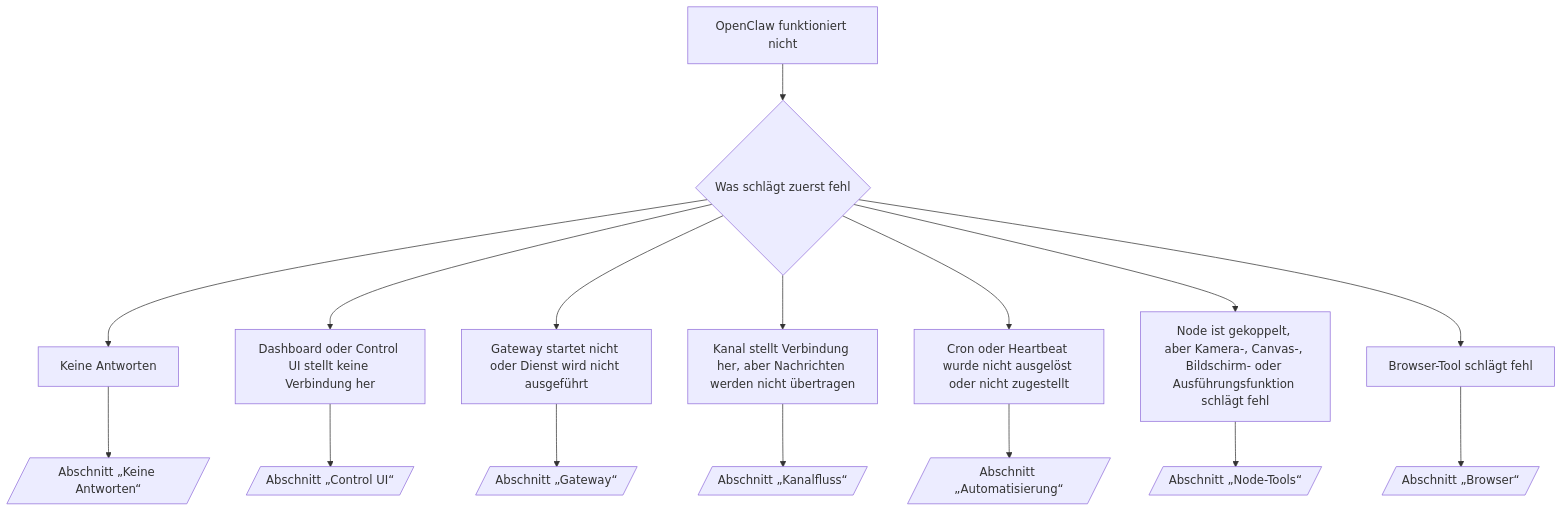
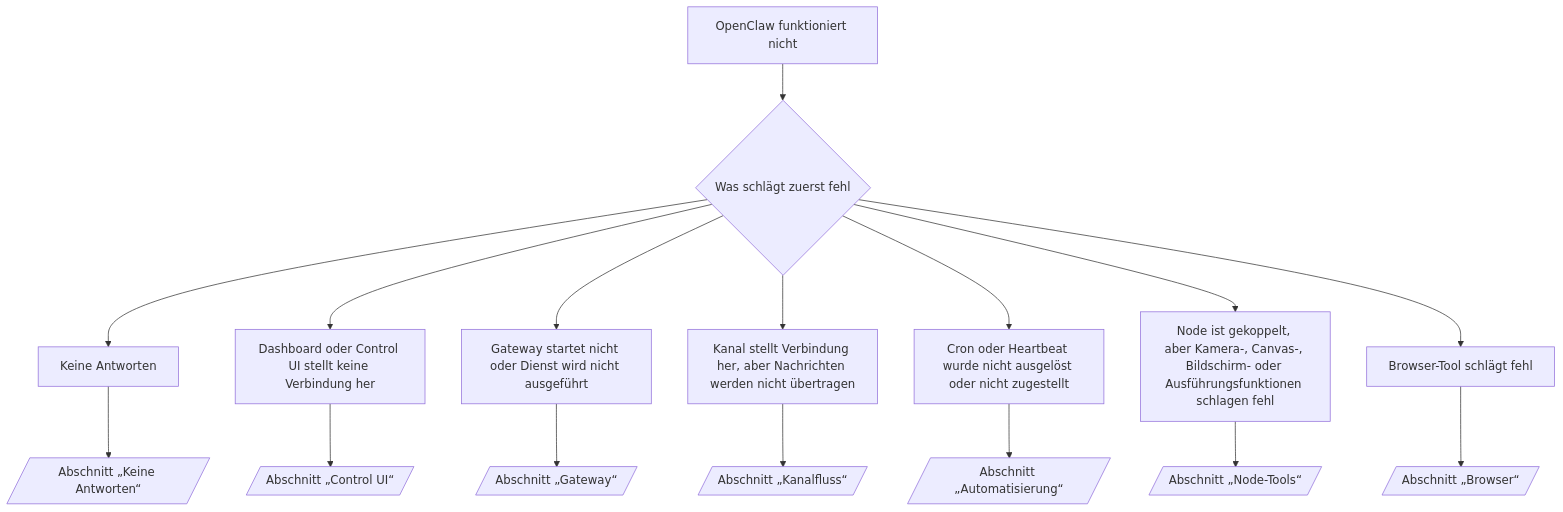
One commit to openclaw/docs changed the diagram in docs/de/help/troubleshooting.md. Above: the diagram before and after it, drawn with Mermaid. The commit also changed other lines of this file and 11240 other files, not shown here.

````diff
--- a/docs/de/help/troubleshooting.md
+++ b/docs/de/help/troubleshooting.md
@@ -192,19 +191,19 @@
 ```mermaid
 flowchart TD
   A[OpenClaw funktioniert nicht] --> B{Was schlägt zuerst fehl}
   B --> C[Keine Antworten]
   B --> D[Dashboard oder Control UI stellt keine Verbindung her]
   B --> E[Gateway startet nicht oder Dienst wird nicht ausgeführt]
   B --> F[Kanal stellt Verbindung her, aber Nachrichten werden nicht übertragen]
   B --> G[Cron oder Heartbeat wurde nicht ausgelöst oder nicht zugestellt]
-  B --> H[Node ist gekoppelt, aber Kamera-, Canvas-, Bildschirm- oder Ausführungsfunktion schlägt fehl]
+  B --> H[Node ist gekoppelt, aber Kamera-, Canvas-, Bildschirm- oder Ausführungsfunktionen schlagen fehl]
   B --> I[Browser-Tool schlägt fehl]
 
   C --> C1[/Abschnitt „Keine Antworten“/]
   D --> D1[/Abschnitt „Control UI“/]
   E --> E1[/Abschnitt „Gateway“/]
   F --> F1[/Abschnitt „Kanalfluss“/]
   G --> G1[/Abschnitt „Automatisierung“/]
   H --> H1[/Abschnitt „Node-Tools“/]
   I --> I1[/Abschnitt „Browser“/]
 ```
````
